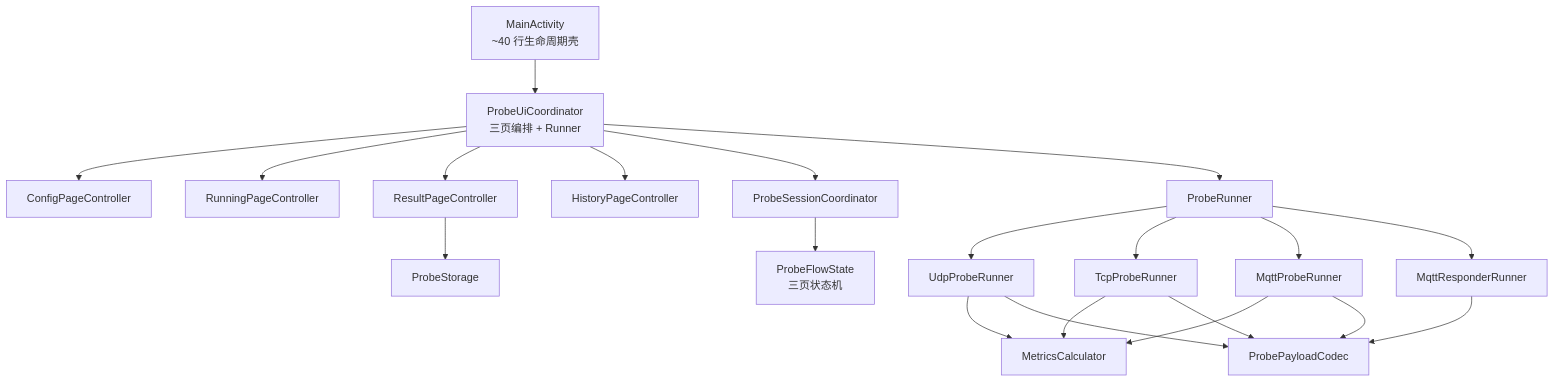
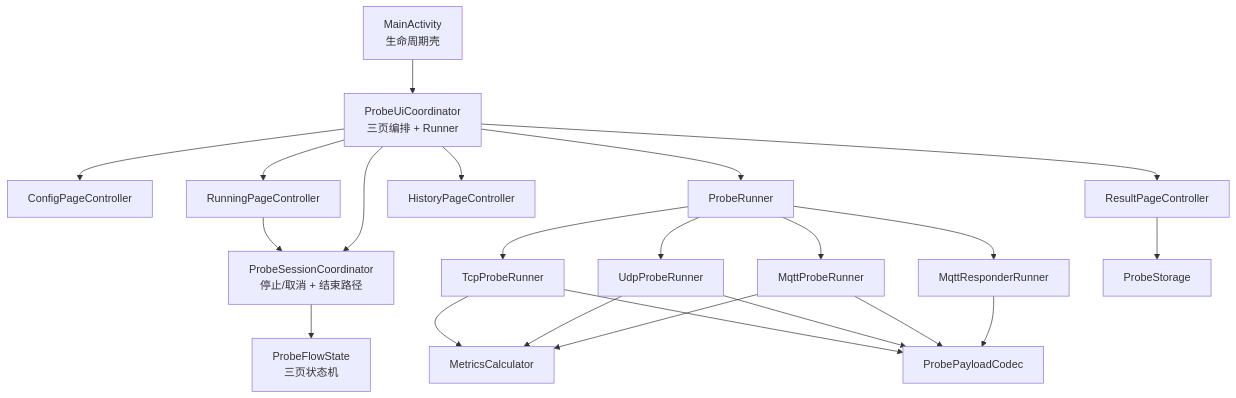
One commit to WooYu/MNTTest changed the first of 2 diagrams in docs/android-probe-as-is.md. Above: the diagram before and after it, drawn with Mermaid. The commit also changed other lines of this file and 9 other files, not shown here.

````diff
--- a/docs/android-probe-as-is.md
+++ b/docs/android-probe-as-is.md
@@ -43,30 +45,31 @@
 ```mermaid
 flowchart TB
-    MA["MainActivity<br/>~40 行生命周期壳"]
+    MA["MainActivity<br/>生命周期壳"]
     UIC["ProbeUiCoordinator<br/>三页编排 + Runner"]
   CP["ConfigPageController"]
   RP["RunningPageController"]
   ResP["ResultPageController"]
   HP["HistoryPageController"]
+    SC["ProbeSessionCoordinator<br/>停止/取消 + 结束路径"]
     FS["ProbeFlowState<br/>三页状态机"]
-    SC["ProbeSessionCoordinator"]
     PR["ProbeRunner"]
     UDP["UdpProbeRunner"]
     TCP["TcpProbeRunner"]
     MQTTP["MqttProbeRunner"]
     MQTTR["MqttResponderRunner"]
     MC["MetricsCalculator"]
     PC["ProbePayloadCodec"]
     PS["ProbeStorage"]
 
     MA --> UIC
     UIC --> CP & RP & ResP & HP
     UIC --> SC
     SC --> FS
+    RP --> SC
     UIC --> PR
     PR --> UDP & TCP & MQTTP & MQTTR
     MQTTP & UDP & TCP --> MC
     MQTTR --> PC
     MQTTP & UDP & TCP --> PC
     ResP --> PS
 ```
````
